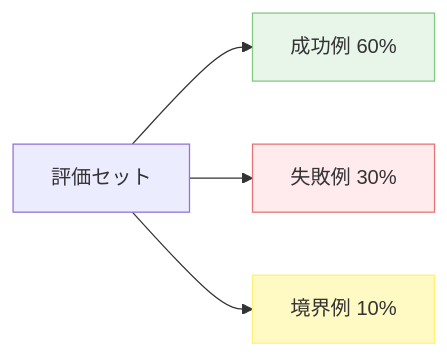
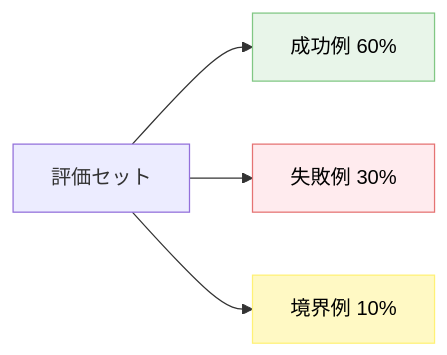
Before and after one commit to dinekt/dinekt-wiki: the second of 3 diagrams in docs/patterns/評価セット設計の-6-つのアンチパターン.md, drawn with Mermaid. The commit also changed other lines of this file and 71 other files, not shown here.

First line of the commit message:
fix: mermaid readability + remove GitHub repo toolbar

````diff
--- a/docs/patterns/評価セット設計の-6-つのアンチパターン.md
+++ b/docs/patterns/評価セット設計の-6-つのアンチパターン.md
@@ -51,10 +51,10 @@
 ```mermaid
 flowchart LR
     E[評価セット] --> S[成功例 60%]
     E --> F[失敗例 30%]
     E --> B[境界例 10%]
 
-    style S fill:#e8f5e9,stroke:#81c784
-    style F fill:#ffebee,stroke:#e57373
-    style B fill:#fff9c4,stroke:#fff176
+    style S fill:#e8f5e9,stroke:#81c784,color:#000
+    style F fill:#ffebee,stroke:#e57373,color:#000
+    style B fill:#fff9c4,stroke:#fff176,color:#000
 ```
````
